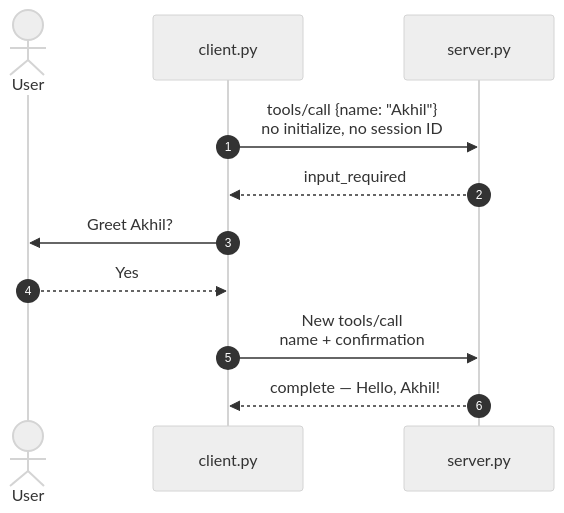
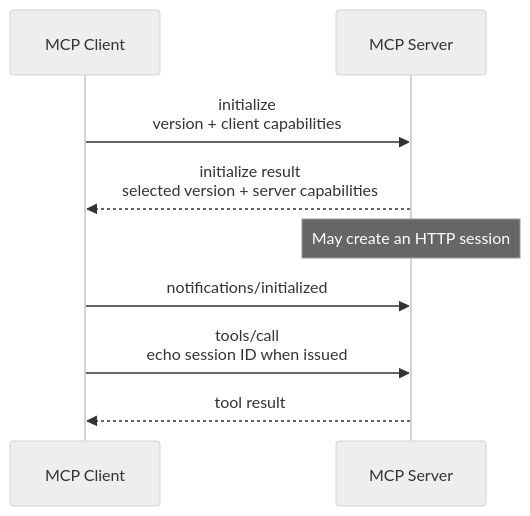
One commit to cakhiltej9001-source/stateless-mcp-python-demo changed the third of 3 diagrams in README.md. Above: the diagram before and after it, drawn with Mermaid (neutral theme). The commit also changed other lines of this file and 5 other files, not shown here.

````diff
--- a/README.md
+++ b/README.md
@@ -158,14 +119,12 @@
 ```mermaid
 sequenceDiagram
-    autonumber
-    actor User
-    participant Client as client.py
-    participant Server as server.py
+    participant Client as MCP Client
+    participant Server as MCP Server
 
-    Client->>Server: tools/call {name: "Akhil"}<br/>no initialize, no session ID
-    Server-->>Client: input_required
-    Client->>User: Greet Akhil?
-    User-->>Client: Yes
-    Client->>Server: New tools/call<br/>name + confirmation
-    Server-->>Client: complete — Hello, Akhil!
+    Client->>Server: initialize<br/>version + client capabilities
+    Server-->>Client: initialize result<br/>selected version + server capabilities
+    Note over Server: May create an HTTP session
+    Client->>Server: notifications/initialized
+    Client->>Server: tools/call<br/>echo session ID when issued
+    Server-->>Client: tool result
 ```
````
